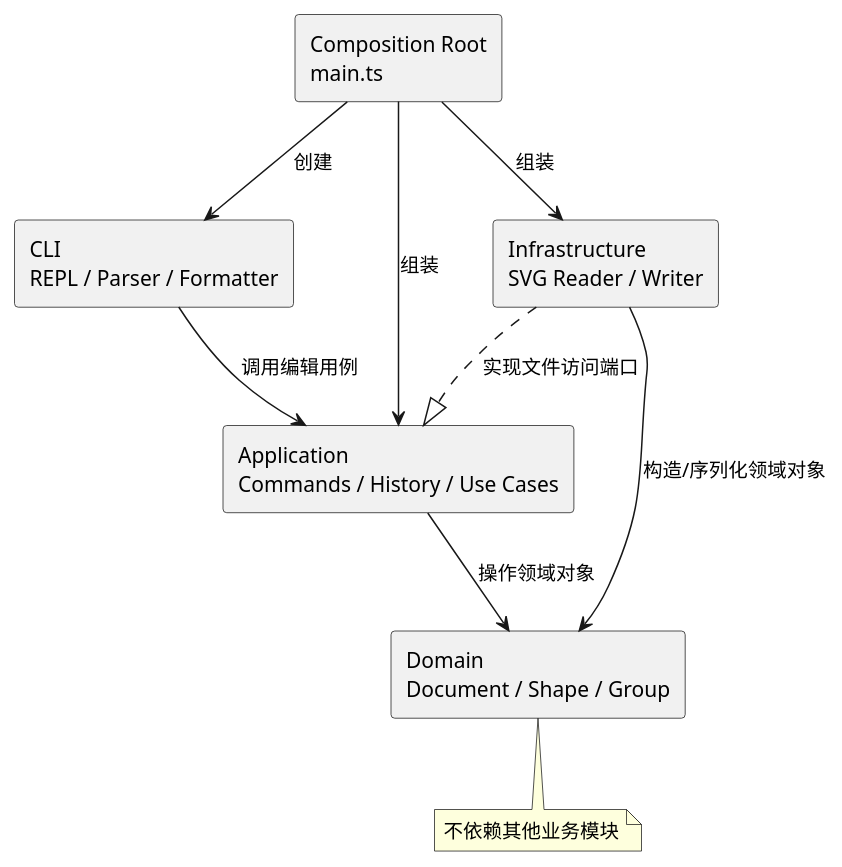
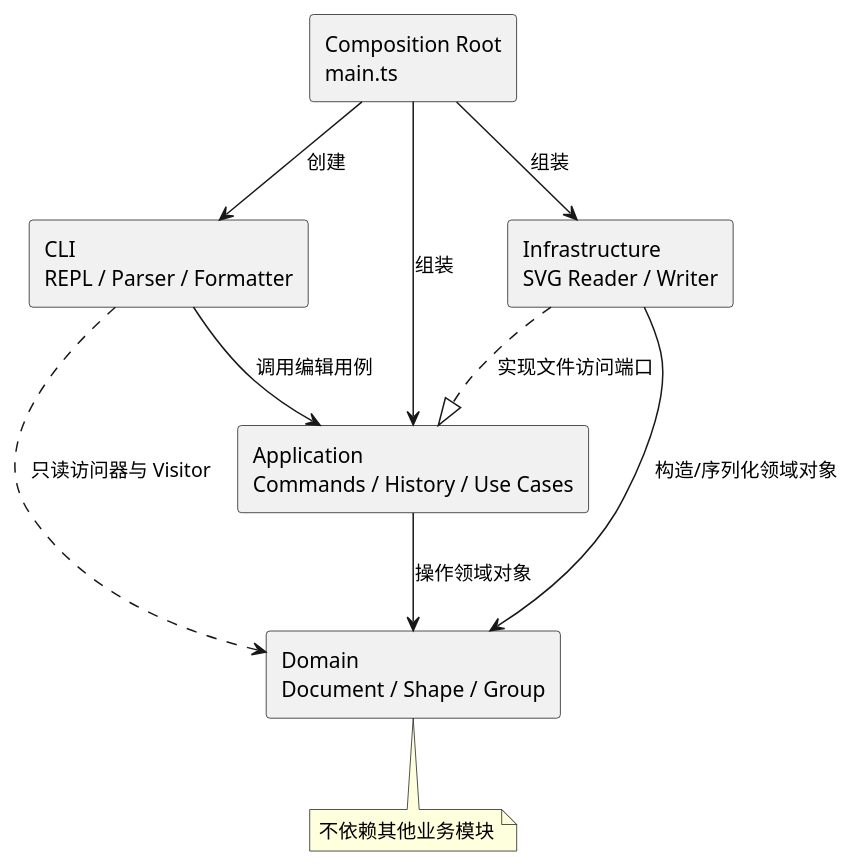
Before and after one commit to yhbkyhbk/lab1: the diagram in doc/README.md, drawn with PlantUML. The commit also changed other lines of this file and 27 other files, not shown here.

First line of the commit message:
实现 CLI 命令交互、参数解析与图形树显示

````diff
--- a/doc/README.md
+++ b/doc/README.md
@@ -20,23 +49,24 @@
 ```plantuml
 @startuml
 skinparam componentStyle rectangle
 
 component "CLI\nREPL / Parser / Formatter" as CLI
 component "Application\nCommands / History / Use Cases" as APP
 component "Domain\nDocument / Shape / Group" as DOMAIN
 component "Infrastructure\nSVG Reader / Writer" as INFRA
 component "Composition Root\nmain.ts" as MAIN
 
 CLI --> APP : 调用编辑用例
+CLI ..> DOMAIN : 只读访问器与 Visitor
 APP --> DOMAIN : 操作领域对象
 INFRA --> DOMAIN : 构造/序列化领域对象
 INFRA ..|> APP : 实现文件访问端口
 MAIN --> CLI : 创建
 MAIN --> APP : 组装
 MAIN --> INFRA : 组装
 
 note bottom of DOMAIN
   不依赖其他业务模块
 end note
 @enduml
 ```
````
